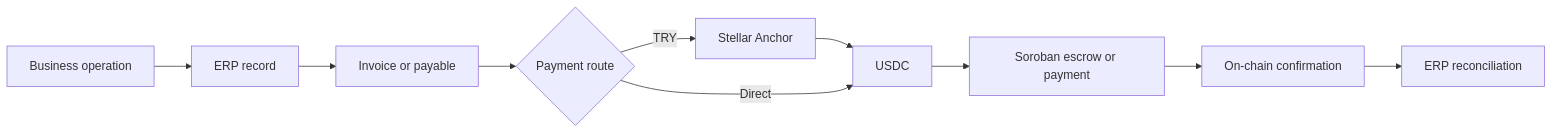
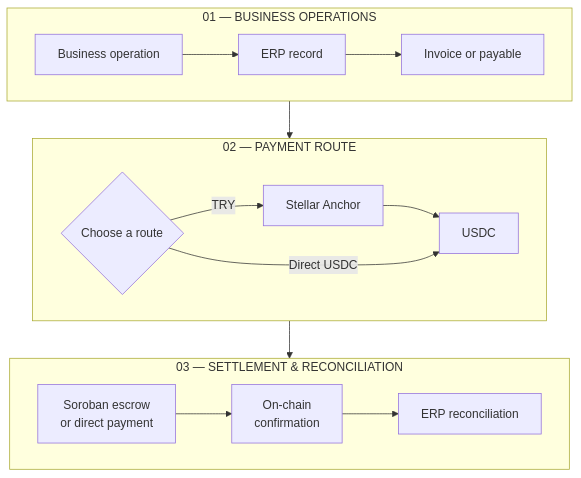
Before and after one commit to ugurrcoskun/Centerp: the first of 3 diagrams in README.md, drawn with Mermaid.

Commit message:
docs: improve workflow diagram readability

````diff
--- a/README.md
+++ b/README.md
@@ -51,12 +51,22 @@
 ```mermaid
-flowchart LR
-    A[Business operation] --> B[ERP record]
-    B --> C[Invoice or payable]
-    C --> D{Payment route}
-    D -->|TRY| E[Stellar Anchor]
-    E --> F[USDC]
-    D -->|Direct| F
-    F --> G[Soroban escrow or payment]
-    G --> H[On-chain confirmation]
-    H --> I[ERP reconciliation]
+flowchart TB
+    subgraph Operations["01 — BUSINESS OPERATIONS"]
+        direction LR
+        A["Business operation"] --> B["ERP record"] --> C["Invoice or payable"]
+    end
+
+    subgraph Payment["02 — PAYMENT ROUTE"]
+        direction LR
+        D{"Choose a route"} -->|"TRY"| E["Stellar Anchor"]
+        E --> F["USDC"]
+        D -->|"Direct USDC"| F
+    end
+
+    subgraph Settlement["03 — SETTLEMENT & RECONCILIATION"]
+        direction LR
+        G["Soroban escrow<br/>or direct payment"] --> H["On-chain<br/>confirmation"] --> I["ERP reconciliation"]
+    end
+
+    C --> D
+    F --> G
 ```
````
